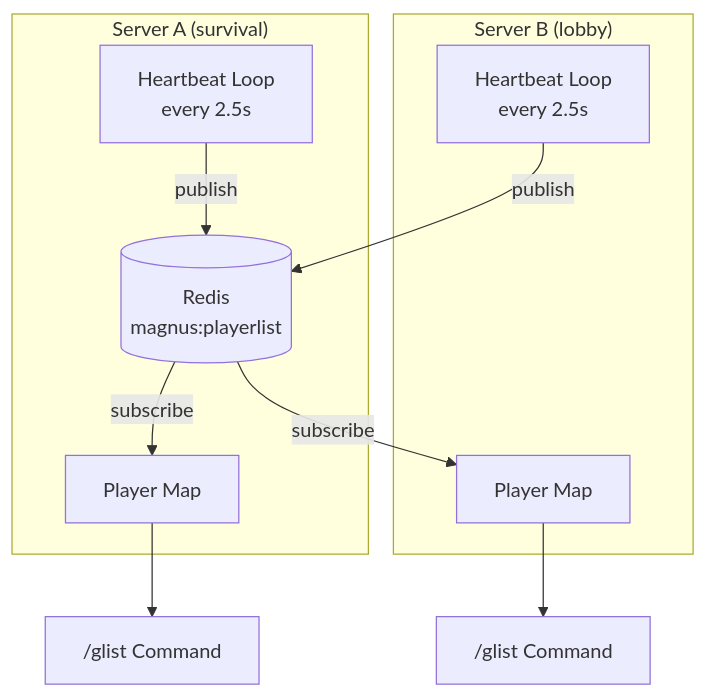
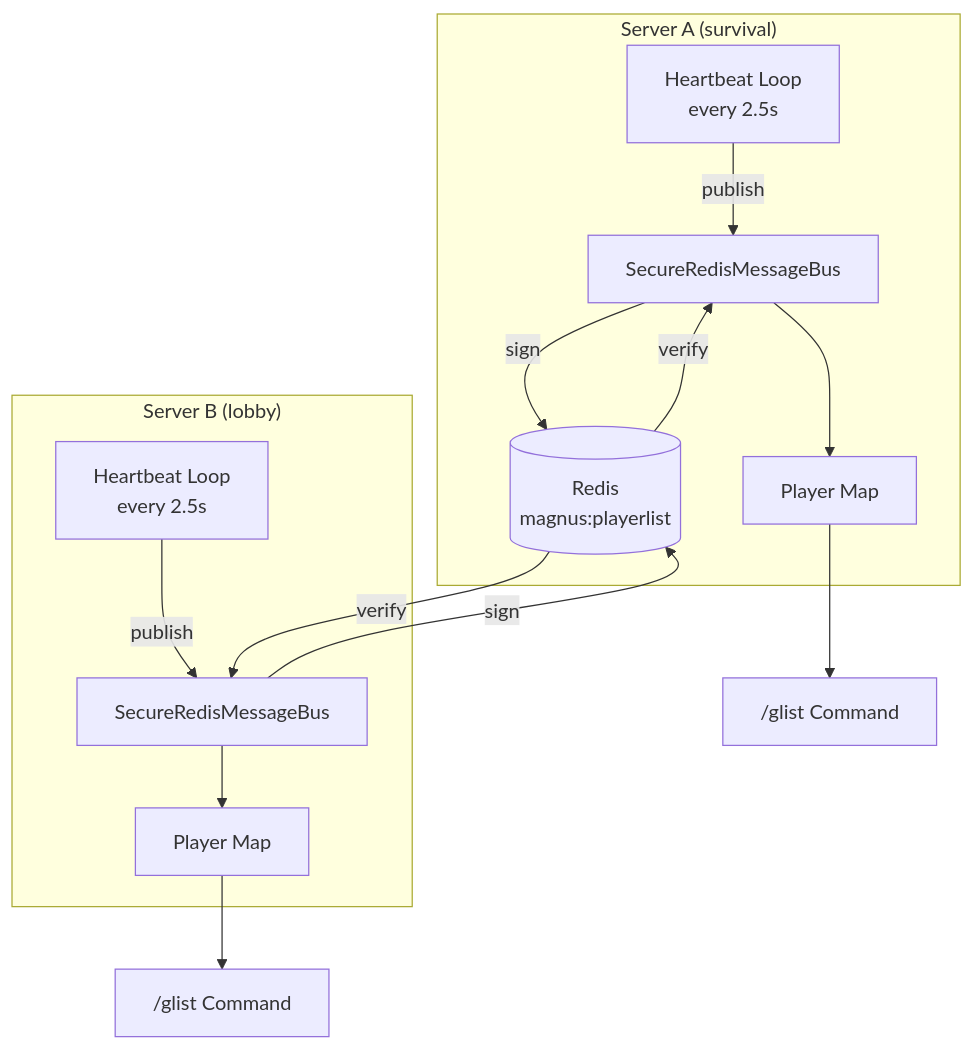
One commit to KroderDev/magnus-sync changed the first of 4 diagrams in docs/global_playerlist_flow.md. Above: the diagram before and after it, drawn with Mermaid. The commit also changed other lines of this file and 1 other file, not shown here.

First line of the commit message:
docs: update flow diagrams to reflect security layer

````diff
--- a/docs/global_playerlist_flow.md
+++ b/docs/global_playerlist_flow.md
@@ -9,15 +9,19 @@
 ```mermaid
 graph TB
     subgraph "Server A (survival)"
-        HeartbeatA[Heartbeat Loop<br>every 2.5s] -->|publish| Redis[(Redis<br>magnus:playerlist)]
-        Redis -->|subscribe| MapA[Player Map]
+        HeartbeatA[Heartbeat Loop<br>every 2.5s] -->|publish| BusA[SecureRedisMessageBus]
+        BusA -->|sign| Redis[(Redis<br>magnus:playerlist)]
+        Redis -->|verify| BusA
+        BusA --> MapA[Player Map]
     end
     
     subgraph "Server B (lobby)"
-        HeartbeatB[Heartbeat Loop<br>every 2.5s] -->|publish| Redis
-        Redis -->|subscribe| MapB[Player Map]
+        HeartbeatB[Heartbeat Loop<br>every 2.5s] -->|publish| BusB[SecureRedisMessageBus]
+        BusB -->|sign| Redis
+        Redis -->|verify| BusB
+        BusB --> MapB[Player Map]
     end
     
     MapA --> GlistA["/glist Command"]
     MapB --> GlistB["/glist Command"]
 ```
````
